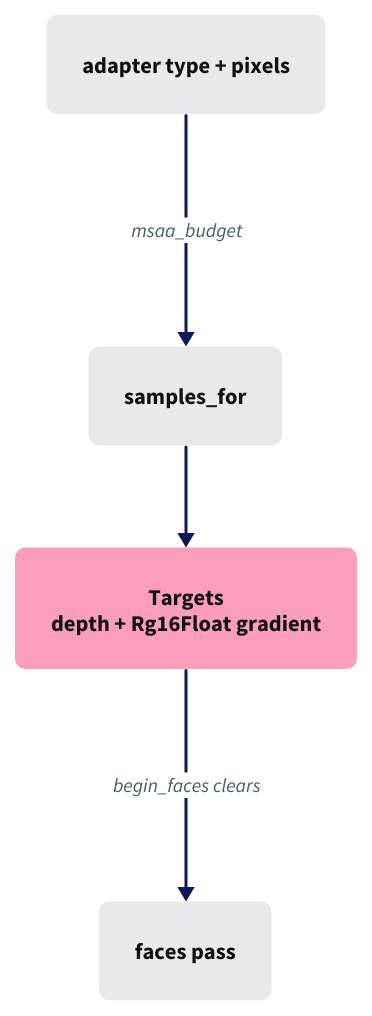
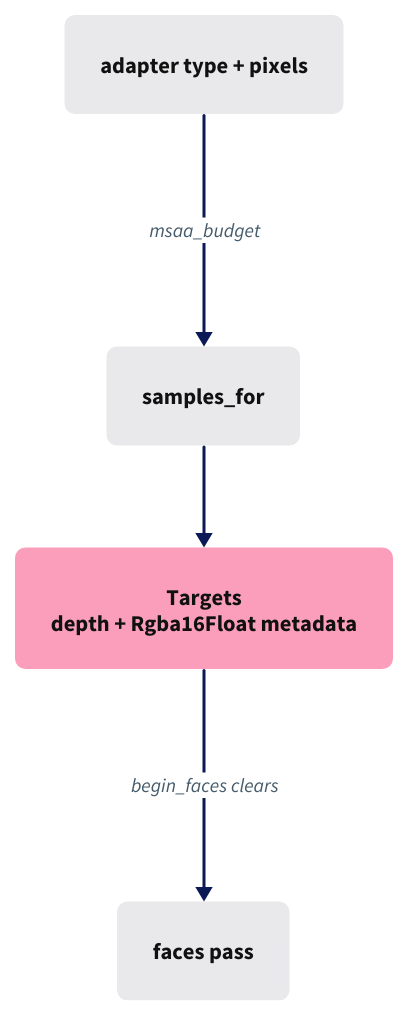
Before and after one commit to petrasvestartas/session: the diagram in session_viewer/docs/diagrams/05-11.d2, drawn with D2. The commit also changed 52 other files, not shown here.

```diff
--- a/session_viewer/docs/diagrams/05-11.d2
+++ b/session_viewer/docs/diagrams/05-11.d2
@@ -1,16 +1,16 @@
 vars: { d2-config: { layout-engine: elk; pad: 20; theme-id: 0 } }
 style: { fill: "#ffffff" }
 classes: {
   box:   { style: { fill: "#e9e9ec"; stroke: "#e9e9ec"; border-radius: 6; font-size: 15; font-color: "#111111" } }
   focus: { style: { fill: "#fa9ebc"; stroke: "#fa9ebc"; border-radius: 6; font-size: 15; font-color: "#111111" } }
 }
 direction: down
 
 A: "adapter type + pixels" { class: box }
 S: "samples_for" { class: box }
-T: "Targets\ndepth + Rg16Float gradient" { class: focus }
+T: "Targets\ndepth + Rgba16Float metadata" { class: focus }
 F: "faces pass" { class: box }
 
 A -> S: "msaa_budget" { style: { stroke: "#0b1957"; stroke-width: 2; font-size: 13; font-color: "#455b6b" } }
 S -> T { style: { stroke: "#0b1957"; stroke-width: 2; font-size: 13; font-color: "#455b6b" } }
 T -> F: "begin_faces clears" { style: { stroke: "#0b1957"; stroke-width: 2; font-size: 13; font-color: "#455b6b" } }
```
